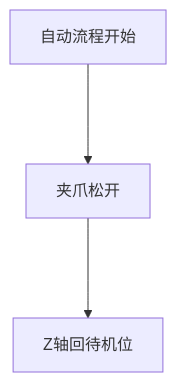
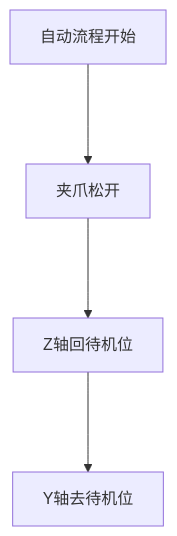
Before and after one commit to zmq000/iodraw-files: the diagram in all/OP80回流.md, drawn with Mermaid.

Commit message:
2026-06-17 19:35:57 update

````diff
--- a/all/OP80回流.md
+++ b/all/OP80回流.md
@@ -1,6 +1,7 @@
 ```mermaid
 graph TD
 自动流程开始--->10
 10[夹爪松开]--->20
-20[Z轴回待机位]
+20[Z轴回待机位]--->30
+30[Y轴去待机位]
 ```
````
